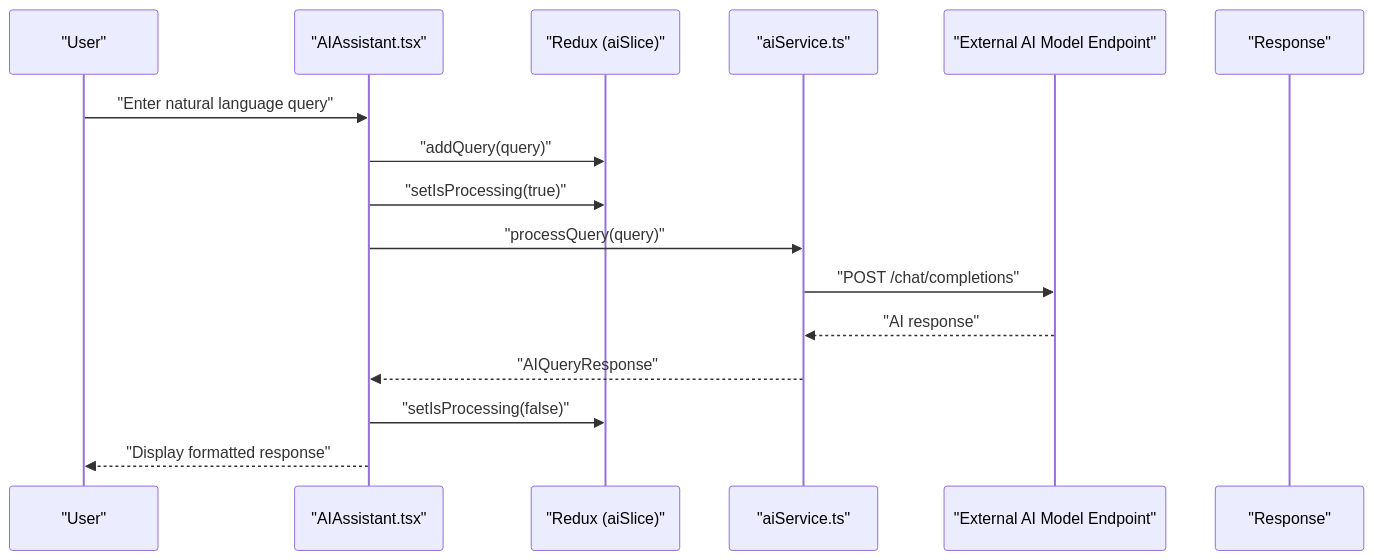
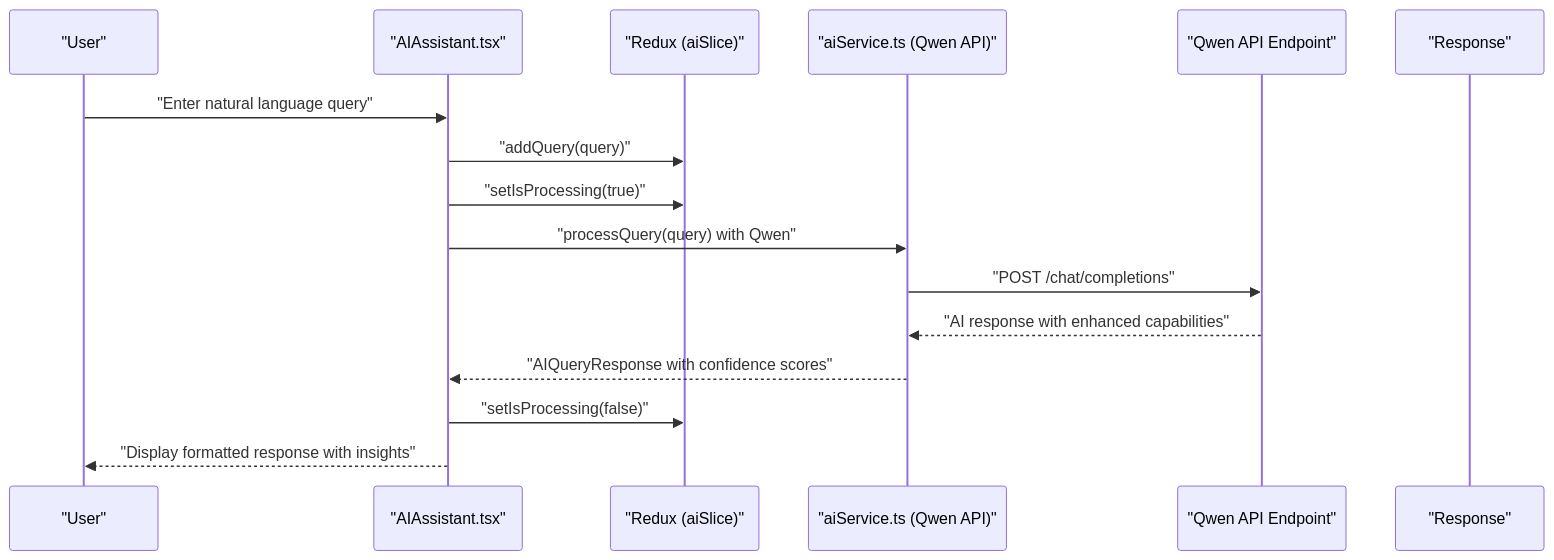
Before and after one commit to cacamarica/dashboard-ai: the second of 8 diagrams in .qoder/repowiki/en/content/Core Features/AI Assistant.md, drawn with Mermaid. The commit also changed other lines of this file and 14 other files, not shown here.

````diff
--- a/.qoder/repowiki/en/content/Core Features/AI Assistant.md
+++ b/.qoder/repowiki/en/content/Core Features/AI Assistant.md
@@ -118,18 +127,18 @@
 ```mermaid
 sequenceDiagram
 participant User as "User"
 participant UI as "AIAssistant.tsx"
 participant Store as "Redux (aiSlice)"
-participant AIS as "aiService.ts"
-participant Model as "External AI Model Endpoint"
+participant AIS as "aiService.ts (Qwen API)"
+participant Qwen as "Qwen API Endpoint"
 participant Resp as "Response"
 User->>UI : "Enter natural language query"
 UI->>Store : "addQuery(query)"
 UI->>Store : "setIsProcessing(true)"
-UI->>AIS : "processQuery(query)"
-AIS->>Model : "POST /chat/completions"
-Model-->>AIS : "AI response"
-AIS-->>UI : "AIQueryResponse"
+UI->>AIS : "processQuery(query) with Qwen"
+AIS->>Qwen : "POST /chat/completions"
+Qwen-->>AIS : "AI response with enhanced capabilities"
+AIS-->>UI : "AIQueryResponse with confidence scores"
 UI->>Store : "setIsProcessing(false)"
-UI-->>User : "Display formatted response"
+UI-->>User : "Display formatted response with insights"
 ```
````
